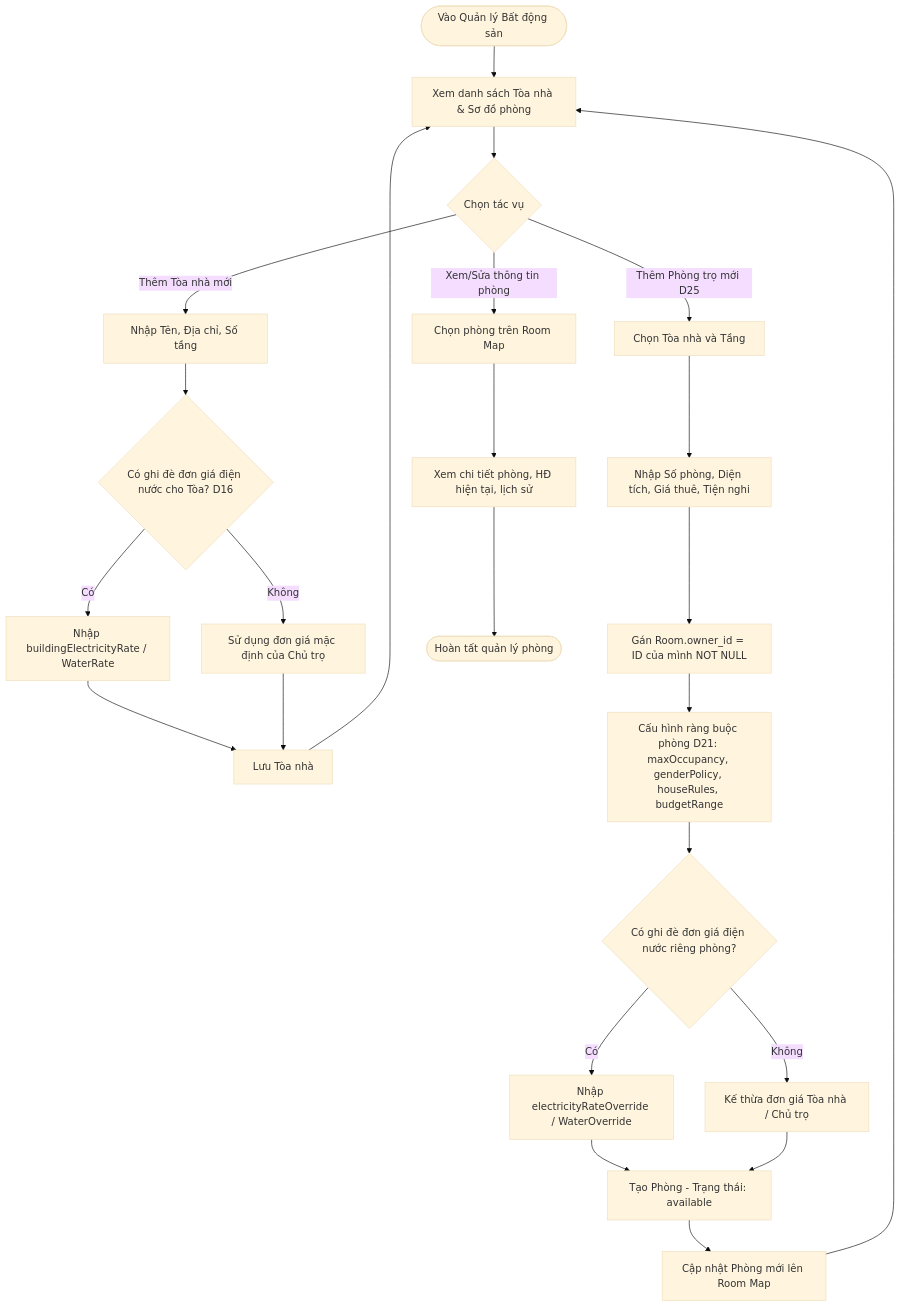
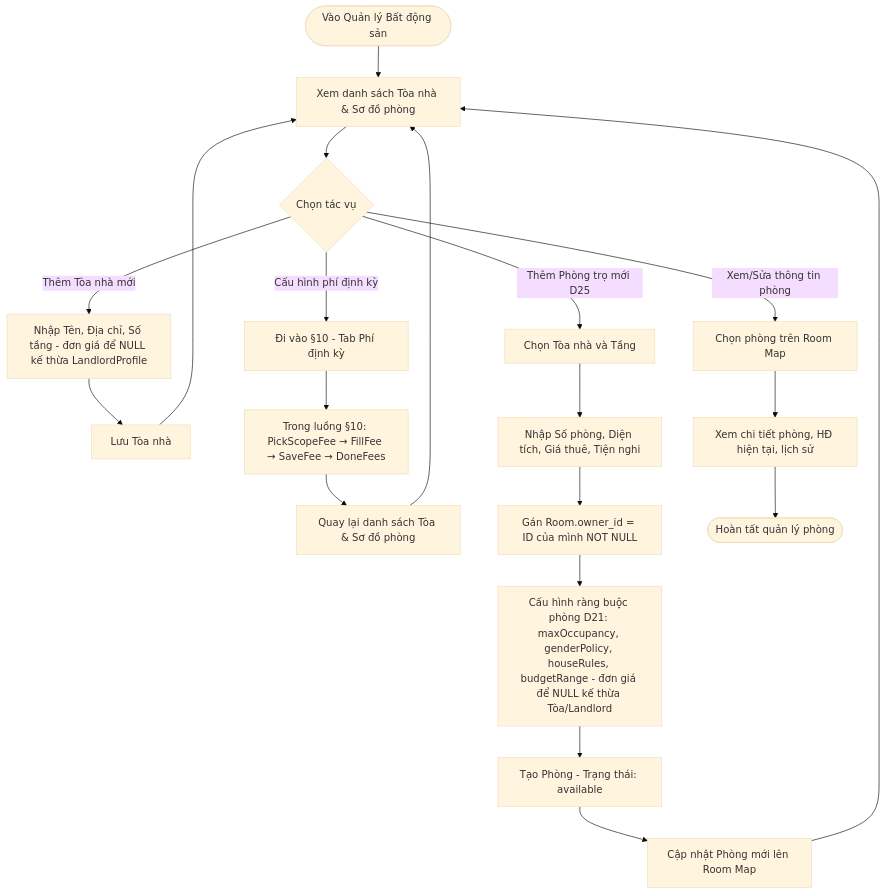
The third of 9 diagrams in phase-1/discovery/user_flow/landlord_user_flow.md (pbl6-home-renter/docs), drawn with Mermaid (base theme) before and after one commit. The commit also changed other lines of this file and 19 other files, not shown here.

Commit message:
feat: Enhance landlord and tenant user flows with detailed billing and fee structures

````diff
--- a/phase-1/discovery/user_flow/landlord_user_flow.md
+++ b/phase-1/discovery/user_flow/landlord_user_flow.md
@@ -67,33 +70,29 @@
 ```mermaid
 flowchart TD
     StartProp([Vào Quản lý Bất động sản]) --> ViewPropList[Xem danh sách Tòa nhà & Sơ đồ phòng]
     
     ViewPropList --> ActionProp{Chọn tác vụ}
     
-    ActionProp -->|Thêm Tòa nhà mới| FormBuilding[Nhập Tên, Địa chỉ, Số tầng]
-    FormBuilding --> RateOverrideBld{Có ghi đè đơn giá điện nước cho Tòa? D16}
-    RateOverrideBld -->|Có| SetBldRate[Nhập buildingElectricityRate / WaterRate]
-    RateOverrideBld -->|Không| UseDefaultBld[Sử dụng đơn giá mặc định của Chủ trọ]
-    SetBldRate --> SaveBld[Lưu Tòa nhà]
-    UseDefaultBld --> SaveBld
+    ActionProp -->|Thêm Tòa nhà mới| FormBuilding[Nhập Tên, Địa chỉ, Số tầng - đơn giá để NULL kế thừa LandlordProfile]
+    FormBuilding --> SaveBld[Lưu Tòa nhà]
     SaveBld --> ViewPropList
     
+    ActionProp -->|Cấu hình phí định kỳ| ConfigFees[Đi vào §10 - Tab Phí định kỳ]
+    ConfigFees --> GotoFeesSettings[Trong luồng §10: PickScopeFee → FillFee → SaveFee → DoneFees]
+    GotoFeesSettings --> BackToProp[Quay lại danh sách Tòa & Sơ đồ phòng]
+    BackToProp --> ViewPropList
+
     ActionProp -->|Thêm Phòng trọ mới D25| SelectBldForRoom[Chọn Tòa nhà và Tầng]
     SelectBldForRoom --> InputRoomInfo[Nhập Số phòng, Diện tích, Giá thuê, Tiện nghi]
     InputRoomInfo --> SetOwner[Gán Room.owner_id = ID của mình NOT NULL]
     
-    SetOwner --> SetupConstraints[Cấu hình ràng buộc phòng D21: maxOccupancy, genderPolicy, houseRules, budgetRange]
+    SetOwner --> SetupConstraints[Cấu hình ràng buộc phòng D21: maxOccupancy, genderPolicy, houseRules, budgetRange - đơn giá để NULL kế thừa Tòa/Landlord]
     
-    SetupConstraints --> RateOverrideRoom{Có ghi đè đơn giá điện nước riêng phòng?}
-    RateOverrideRoom -->|Có| SetRoomRate[Nhập electricityRateOverride / WaterOverride]
-    RateOverrideRoom -->|Không| InheritRate[Kế thừa đơn giá Tòa nhà / Chủ trọ]
-    
-    SetRoomRate --> SaveRoom[Tạo Phòng - Trạng thái: available]
-    InheritRate --> SaveRoom
+    SetupConstraints --> SaveRoom[Tạo Phòng - Trạng thái: available]
     SaveRoom --> UpdateRoomMap[Cập nhật Phòng mới lên Room Map]
     UpdateRoomMap --> ViewPropList
     
     ActionProp -->|Xem/Sửa thông tin phòng| SelectRoom[Chọn phòng trên Room Map]
     SelectRoom --> ViewRoomDetail[Xem chi tiết phòng, HĐ hiện tại, lịch sử]
     ViewRoomDetail --> EndProp([Hoàn tất quản lý phòng])
 ```
````
